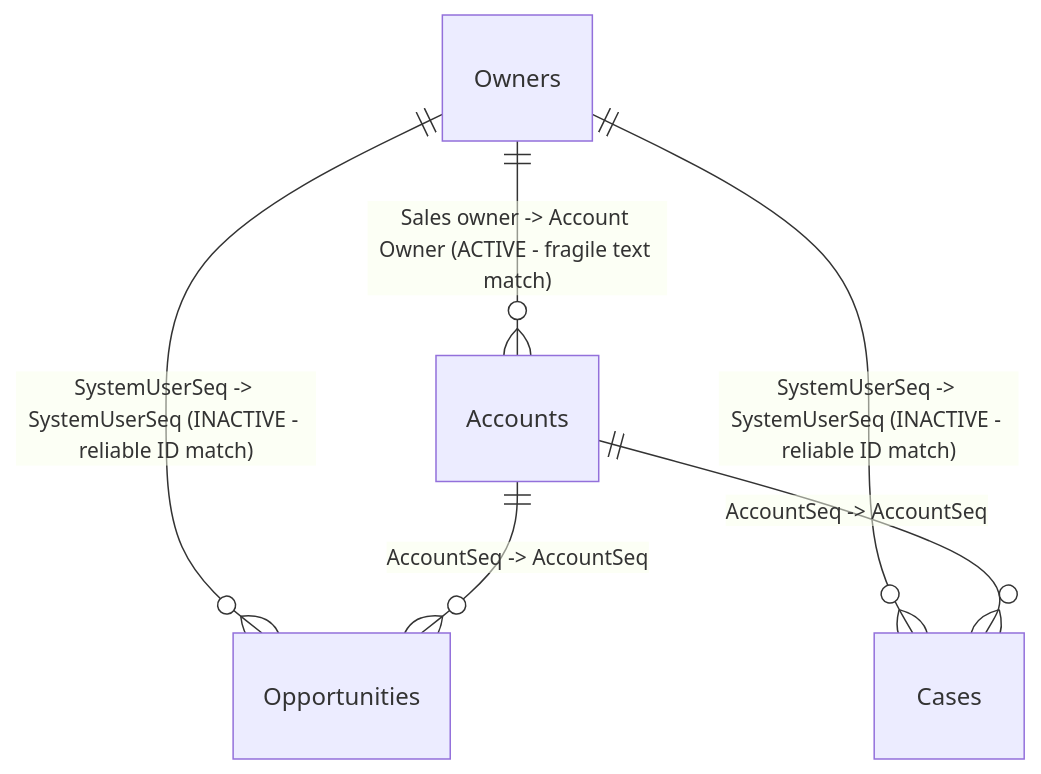
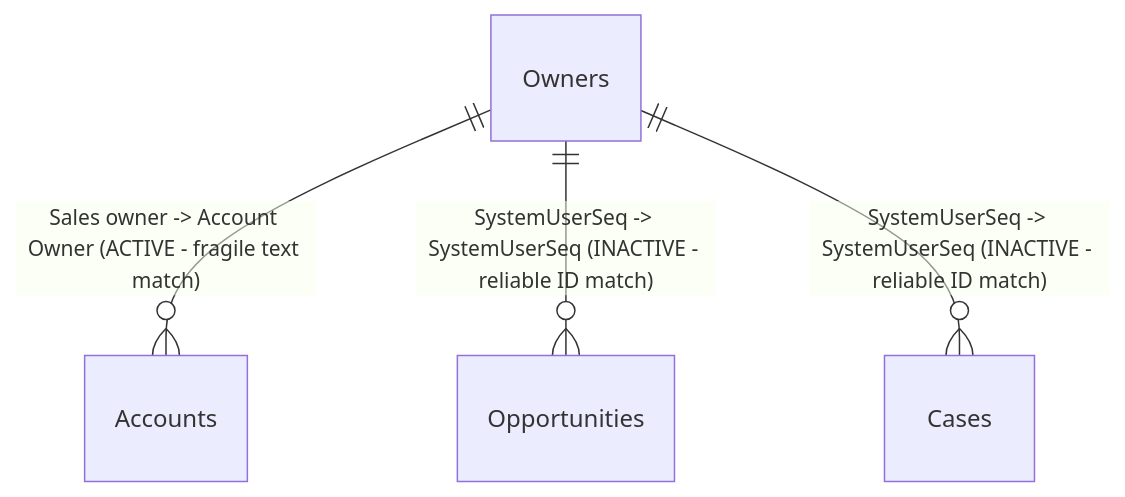
Before and after one commit to saidev-pbi-fabric/document-powerbi-semantic-model: the second of 2 diagrams in README.md, drawn with Mermaid. The commit also changed other lines of this file, not shown here.

First line of the commit message:
Fix flowchart render error, trim the See-it-working diagram to the point

````diff
--- a/README.md
+++ b/README.md
@@ -152,8 +140,6 @@
 ```mermaid
 erDiagram
     Owners ||--o{ Accounts : "Sales owner -> Account Owner (ACTIVE - fragile text match)"
     Owners ||--o{ Opportunities : "SystemUserSeq -> SystemUserSeq (INACTIVE - reliable ID match)"
     Owners ||--o{ Cases : "SystemUserSeq -> SystemUserSeq (INACTIVE - reliable ID match)"
-    Accounts ||--o{ Opportunities : "AccountSeq -> AccountSeq"
-    Accounts ||--o{ Cases : "AccountSeq -> AccountSeq"
 ```
````
